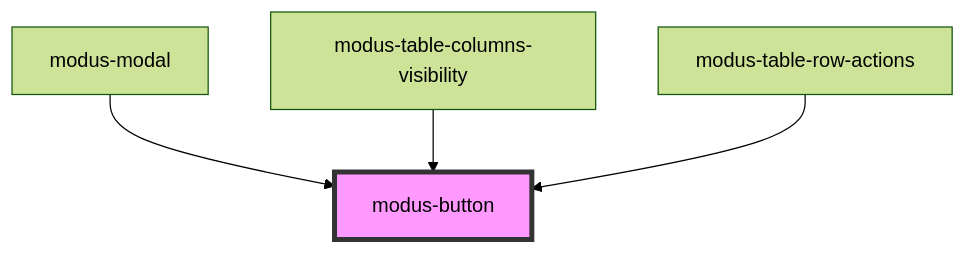
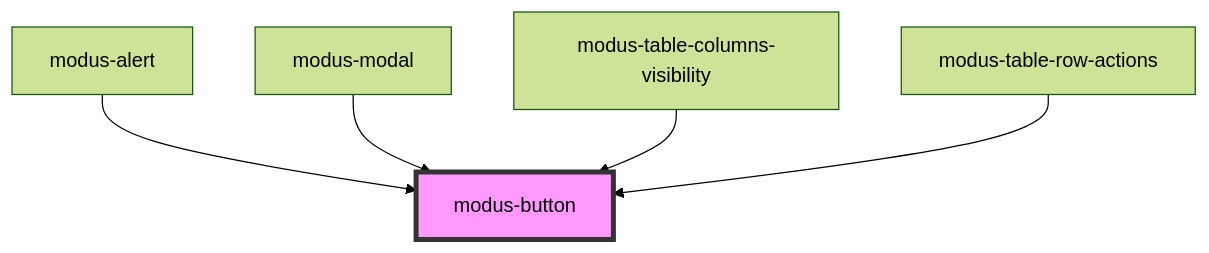
The diagram in stencil-workspace/src/components/modus-button/readme.md (trimble-oss/modus-web-components), drawn with Mermaid (forest theme) before and after one commit. The commit also changed other lines of this file and 5 other files, not shown here.

Commit message:
Add button to alert

````diff
--- a/stencil-workspace/src/components/modus-button/readme.md
+++ b/stencil-workspace/src/components/modus-button/readme.md
@@ -52,7 +53,8 @@
 ```mermaid
 graph TD;
+  modus-alert --> modus-button
   modus-modal --> modus-button
   modus-table-columns-visibility --> modus-button
   modus-table-row-actions --> modus-button
   style modus-button fill:#f9f,stroke:#333,stroke-width:4px
 ```
````
